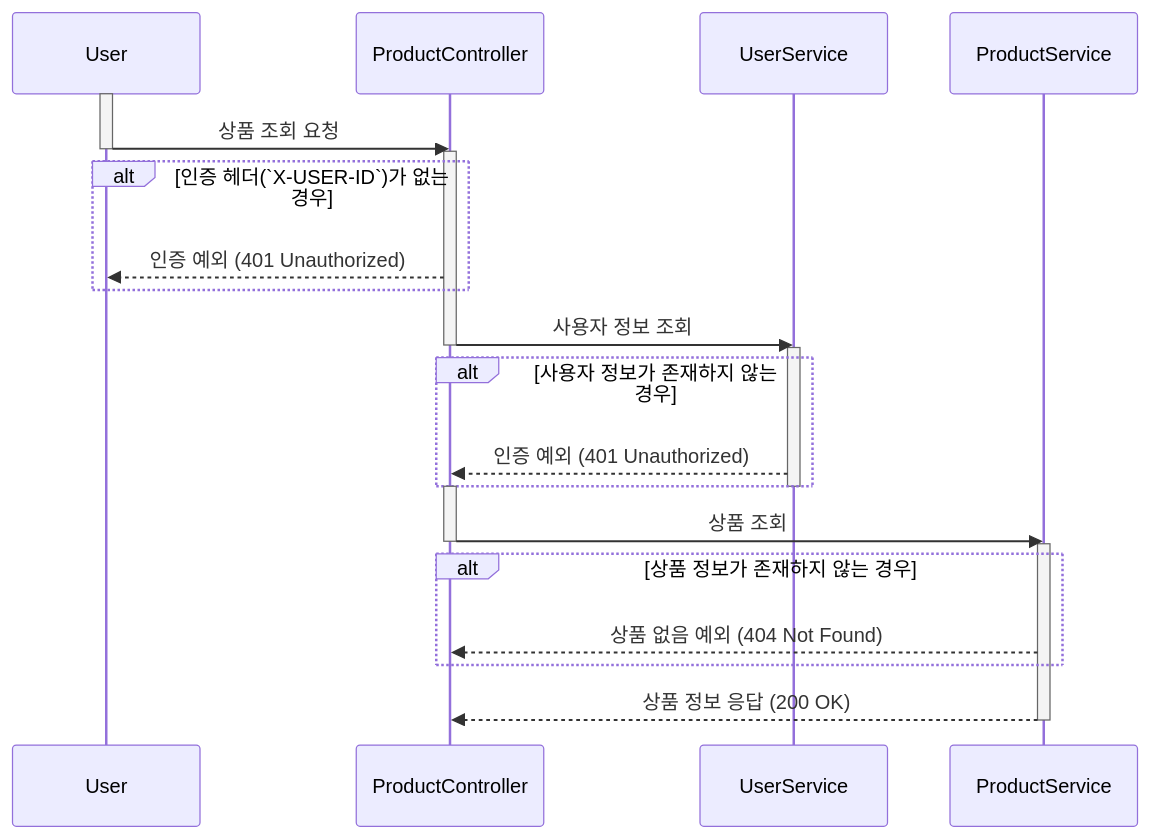
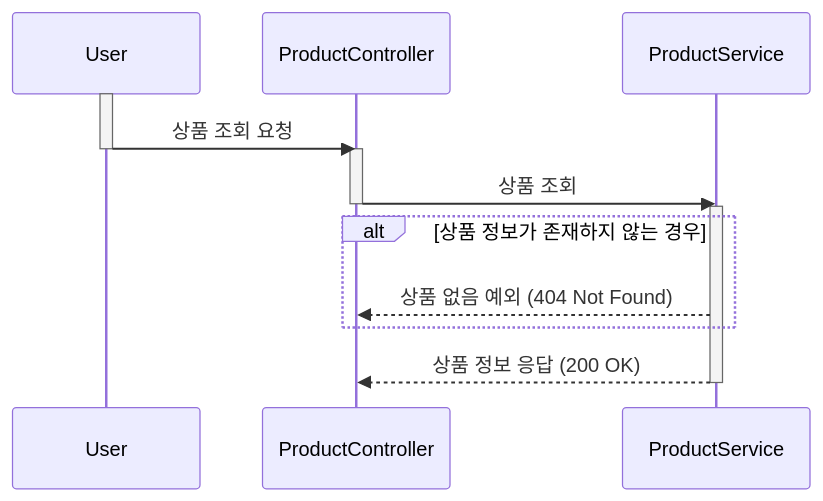
Before and after one commit to kiekk/gamsung-commerce: the second of 3 diagrams in docs/design/02-sequence-diagrams/product.md, drawn with Mermaid. The commit also changed other lines of this file and 3 other files, not shown here.

````diff
--- a/docs/design/02-sequence-diagrams/product.md
+++ b/docs/design/02-sequence-diagrams/product.md
@@ -38,31 +26,18 @@
 ```mermaid
 sequenceDiagram
     participant User
     participant ProductController
-    participant UserService
     participant ProductService
     activate User
     User ->> ProductController: 상품 조회 요청
     deactivate User
-    activate ProductController
-    alt 인증 헤더(`X-USER-ID`)가 없는 경우
-        ProductController -->> User: 인증 예외 (401 Unauthorized)
-    end
-
-    ProductController ->> UserService: 사용자 정보 조회
-    deactivate ProductController
-    activate UserService
-    alt 사용자 정보가 존재하지 않는 경우
-        UserService -->> ProductController: 인증 예외 (401 Unauthorized)
-    end
-    deactivate UserService
     activate ProductController
     ProductController ->> ProductService: 상품 조회
     deactivate ProductController
     activate ProductService
     alt 상품 정보가 존재하지 않는 경우
         ProductService -->> ProductController: 상품 없음 예외 (404 Not Found)
     end
     ProductService -->> ProductController: 상품 정보 응답 (200 OK)
     deactivate ProductService
 ```
````
